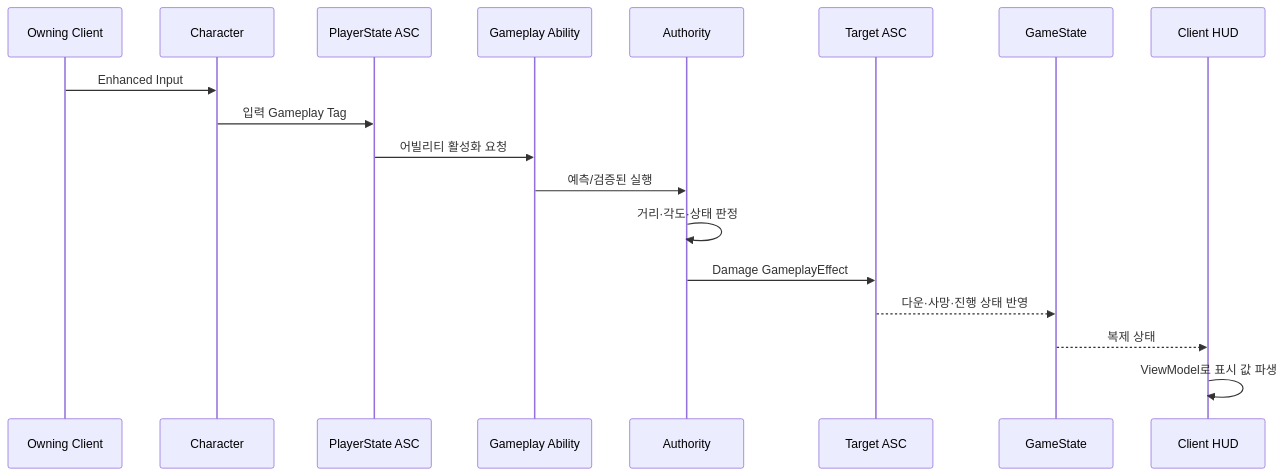
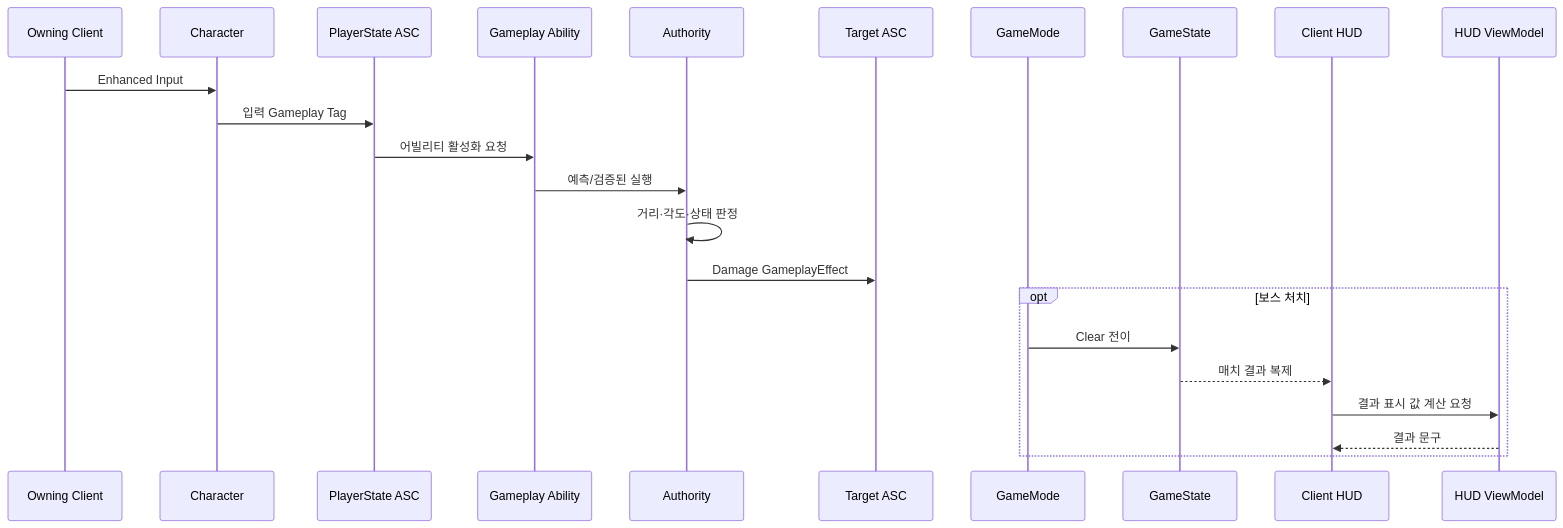
One commit to Growcompany/DediServerRPG changed the first of 3 diagrams in Docs/Portfolio/ARCHITECTURE.md. Above: the diagram before and after it, drawn with Mermaid. The commit also changed other lines of this file and 1 other file, not shown here.

Commit message:
시연 영상과 서버·AI·HUD 설계 설명 정리

````diff
--- a/Docs/Portfolio/ARCHITECTURE.md
+++ b/Docs/Portfolio/ARCHITECTURE.md
@@ -38,21 +40,26 @@
 ```mermaid
 sequenceDiagram
     participant Client as Owning Client
     participant Character as Character
     participant ASC as PlayerState ASC
     participant Ability as Gameplay Ability
     participant Server as Authority
     participant Target as Target ASC
+    participant GM as GameMode
     participant GS as GameState
     participant UI as Client HUD
+    participant VM as HUD ViewModel
 
     Client->>Character: Enhanced Input
     Character->>ASC: 입력 Gameplay Tag
     ASC->>Ability: 어빌리티 활성화 요청
     Ability->>Server: 예측/검증된 실행
     Server->>Server: 거리·각도·상태 판정
     Server->>Target: Damage GameplayEffect
-    Target-->>GS: 다운·사망·진행 상태 반영
-    GS-->>UI: 복제 상태
-    UI->>UI: ViewModel로 표시 값 파생
+    opt 보스 처치
+        GM->>GS: Clear 전이
+        GS-->>UI: 매치 결과 복제
+        UI->>VM: 결과 표시 값 계산 요청
+        VM-->>UI: 결과 문구
+    end
 ```
````
